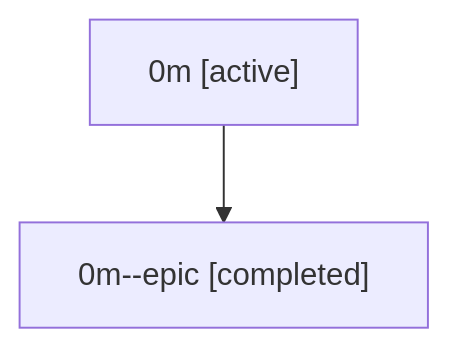
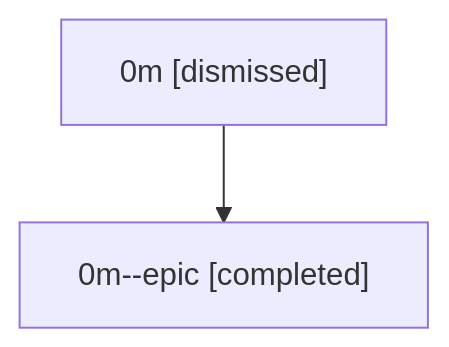
The diagram in sessions/bbugyi200.athena.0m.md (sase-org/sase--agents), drawn with Mermaid before and after one commit. The commit also changed other lines of this file and 28 other files, not shown here.

````diff
--- a/sessions/bbugyi200.athena.0m.md
+++ b/sessions/bbugyi200.athena.0m.md
@@ -9,6 +9,6 @@
 ```mermaid
 flowchart TD
-  n0["0m [active]"]
+  n0["0m [dismissed]"]
   n1["0m--epic [completed]"]
   n0 --> n1
 ```
````
